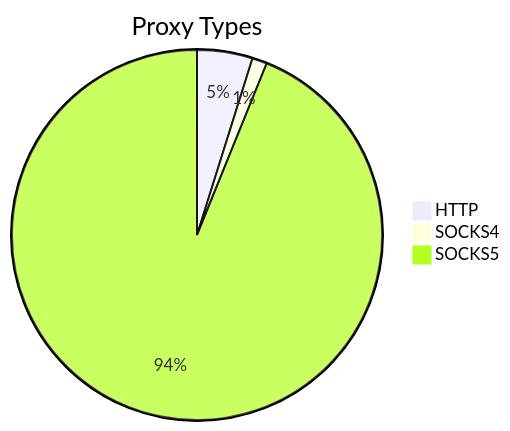
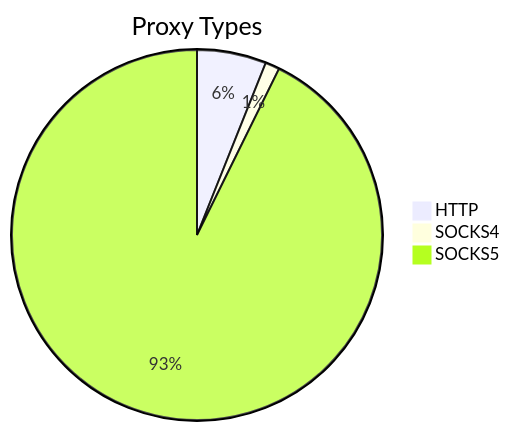
One commit to stormsia/proxy-list changed the first of 2 diagrams in README.md. Above: the diagram before and after it, drawn with Mermaid. The commit also changed other lines of this file, not shown here.

````diff
--- a/README.md
+++ b/README.md
@@ -21,6 +21,6 @@
 ```mermaid
 pie title Proxy Types
-    "HTTP" : 146
-    "SOCKS4" : 39
-    "SOCKS5" : 2829
+    "HTTP" : 126
+    "SOCKS4" : 26
+    "SOCKS5" : 1932
 ```
````
